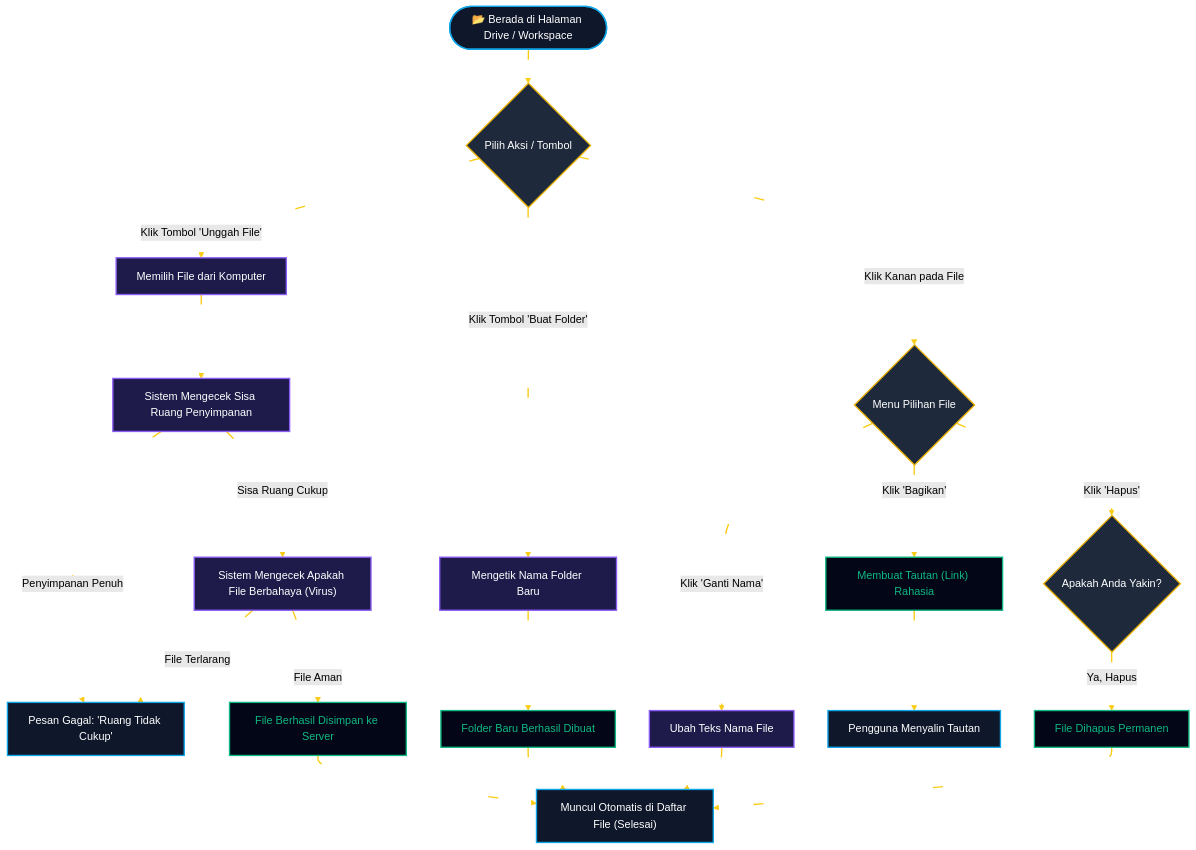
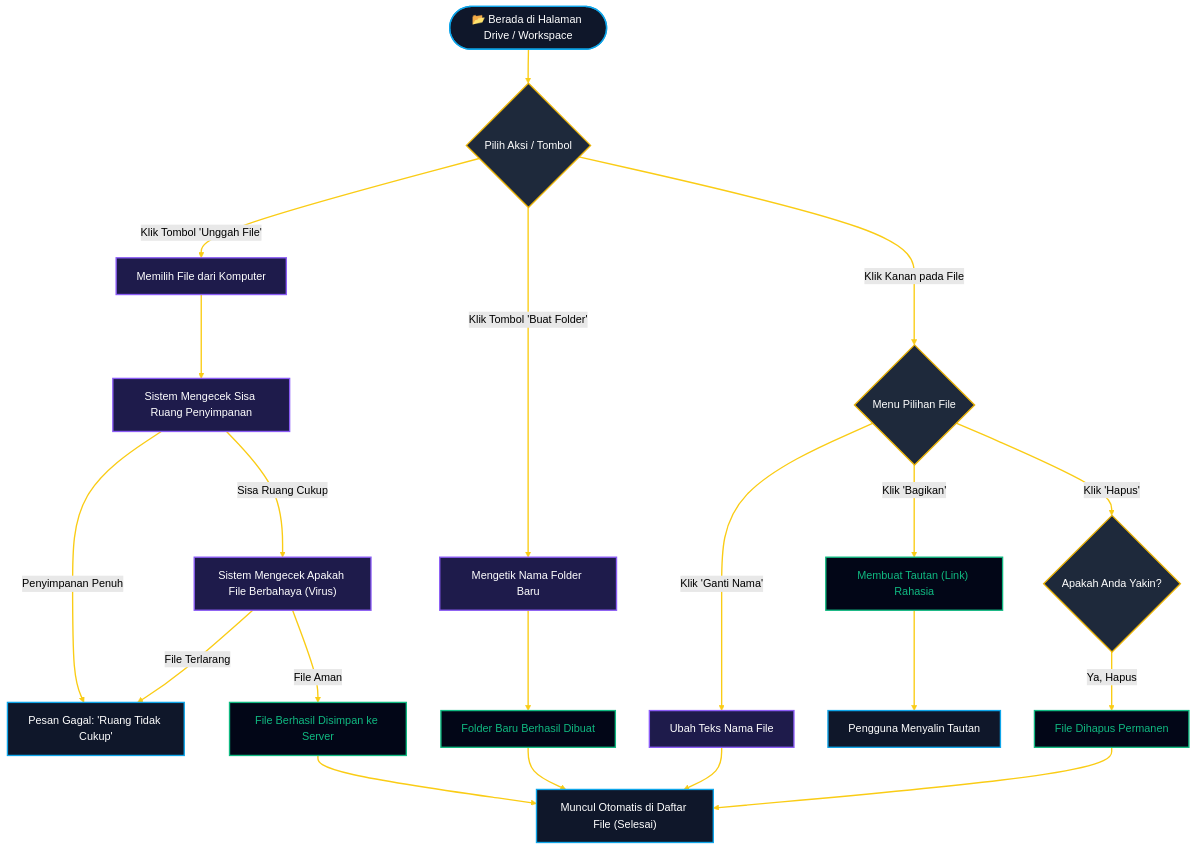
The second of 3 diagrams in README.md (alfaragatak87/alfatih-digital-workspace), drawn with Mermaid (forest theme) before and after one commit. The commit also changed other lines of this file, not shown here.

````diff
--- a/README.md
+++ b/README.md
@@ -103,34 +103,34 @@
 ```mermaid
 flowchart TD
     classDef page fill:#0f172a,stroke:#0ea5e9,stroke-width:2px,color:#fff;
     classDef btn fill:#1e293b,stroke:#eab308,stroke-width:2px,color:#fff,shape:diamond;
     classDef process fill:#1e1b4b,stroke:#8b5cf6,stroke-width:2px,color:#fff;
     classDef finish fill:#020617,stroke:#10b981,stroke-width:2px,color:#10b981;
 
     Drive(["📂 Berada di Halaman Drive / Workspace"]):::page --> TombolDrive{"Pilih Aksi / Tombol"}:::btn
     
     %% Alur Upload File
     TombolDrive -- "Klik Tombol 'Unggah File'" --> PilihFile["Memilih File dari Komputer"]:::process
     PilihFile --> CekPenyimpanan["Sistem Mengecek Sisa Ruang Penyimpanan"]:::process
     
     CekPenyimpanan -- "Penyimpanan Penuh" --> GagalUpload["Pesan Gagal: 'Ruang Tidak Cukup'"]:::page
     CekPenyimpanan -- "Sisa Ruang Cukup" --> CekBahaya["Sistem Mengecek Apakah File Berbahaya (Virus)"]:::process
     
     CekBahaya -- "File Terlarang" --> GagalUpload
     CekBahaya -- "File Aman" --> SimpanFile["File Berhasil Disimpan ke Server"]:::finish
     SimpanFile --> TampilBaru["Muncul Otomatis di Daftar File (Selesai)"]:::page
     
     %% Alur Buat Folder
     TombolDrive -- "Klik Tombol 'Buat Folder'" --> KetikFolder["Mengetik Nama Folder Baru"]:::process
     KetikFolder --> BuatFolder["Folder Baru Berhasil Dibuat"]:::finish
     BuatFolder --> TampilBaru
     
     %% Alur Klik Kanan
     TombolDrive -- "Klik Kanan pada File" --> MenuKonteks{"Menu Pilihan File"}:::btn
     MenuKonteks -- "Klik 'Ganti Nama'" --> Rename["Ubah Teks Nama File"]:::process --> TampilBaru
     MenuKonteks -- "Klik 'Bagikan'" --> Share["Membuat Tautan (Link) Rahasia"]:::finish --> Salin["Pengguna Menyalin Tautan"]:::page
     MenuKonteks -- "Klik 'Hapus'" --> KonfirmasiHapus{"Apakah Anda Yakin?"}:::btn
     KonfirmasiHapus -- "Ya, Hapus" --> Terhapus["File Dihapus Permanen"]:::finish --> TampilBaru
 
-    linkStyle default stroke:#facc15,stroke-width:2px,stroke-dasharray: 15 250,animation: dash 2s linear infinite;
+    linkStyle default stroke:#facc15,stroke-width:2px,stroke-width:2px;
 ```
````
